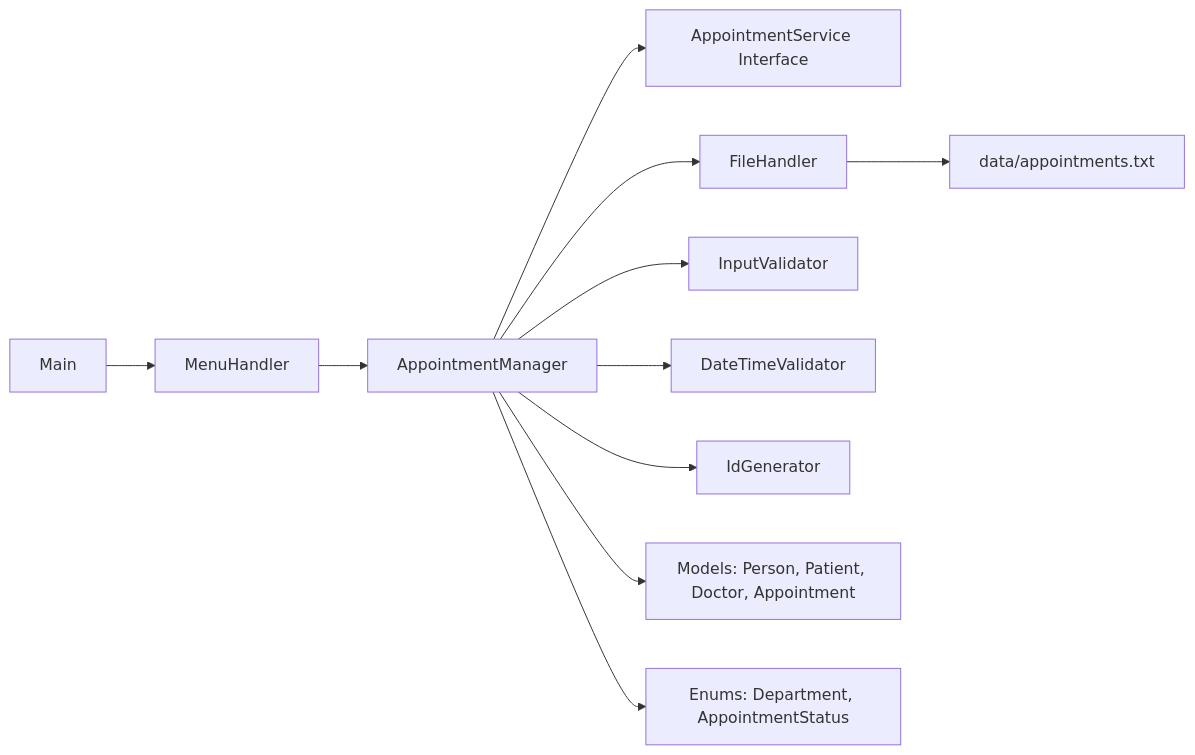
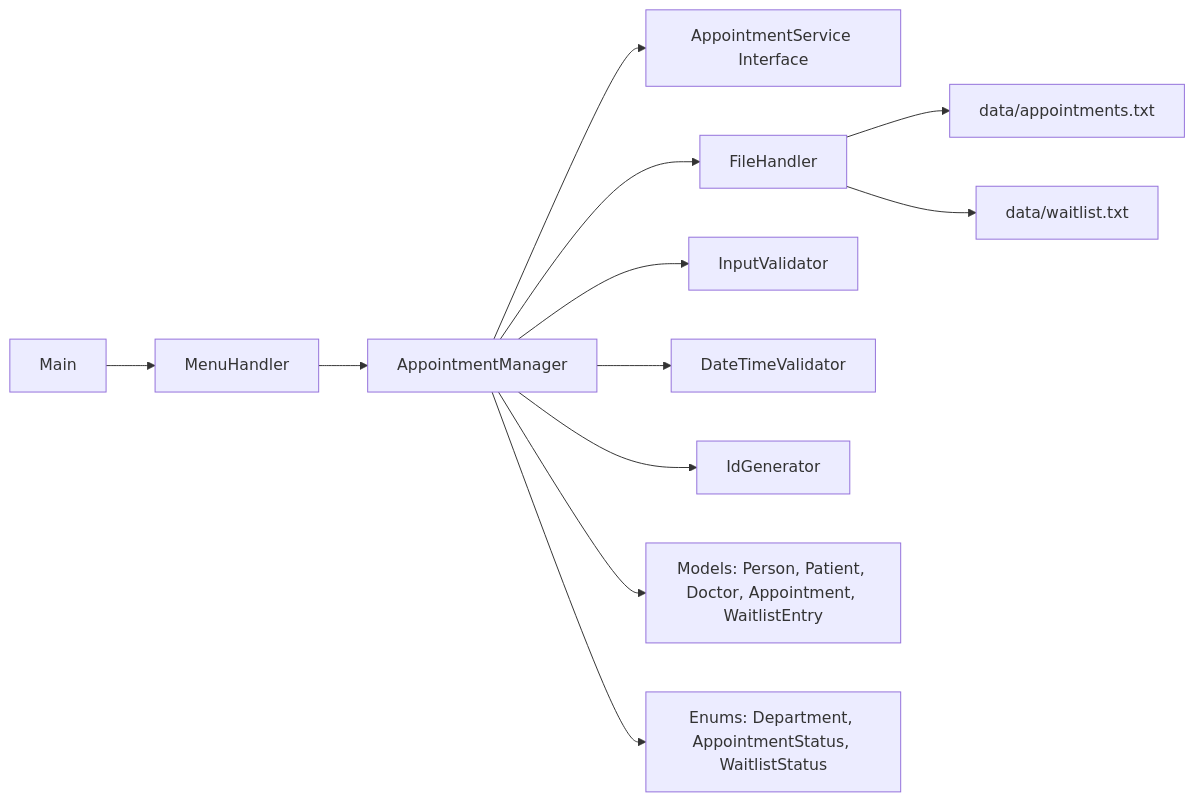
The diagram in README.md (ad0n1sdllpc/hospital-appointment-system), drawn with Mermaid before and after one commit. The commit also changed other lines of this file, not shown here.

````diff
--- a/README.md
+++ b/README.md
@@ -53,16 +59,17 @@
 ```mermaid
 flowchart LR
     A[Main] --> B[MenuHandler]
     B --> C[AppointmentManager]
 
     C --> D[AppointmentService Interface]
     C --> E[FileHandler]
     C --> F[InputValidator]
     C --> G[DateTimeValidator]
     C --> H[IdGenerator]
 
-    C --> I[Models: Person, Patient, Doctor, Appointment]
-    C --> J[Enums: Department, AppointmentStatus]
+    C --> I[Models: Person, Patient, Doctor, Appointment, WaitlistEntry]
+    C --> J[Enums: Department, AppointmentStatus, WaitlistStatus]
 
     E --> K[data/appointments.txt]
+    E --> L[data/waitlist.txt]
 ```
````
